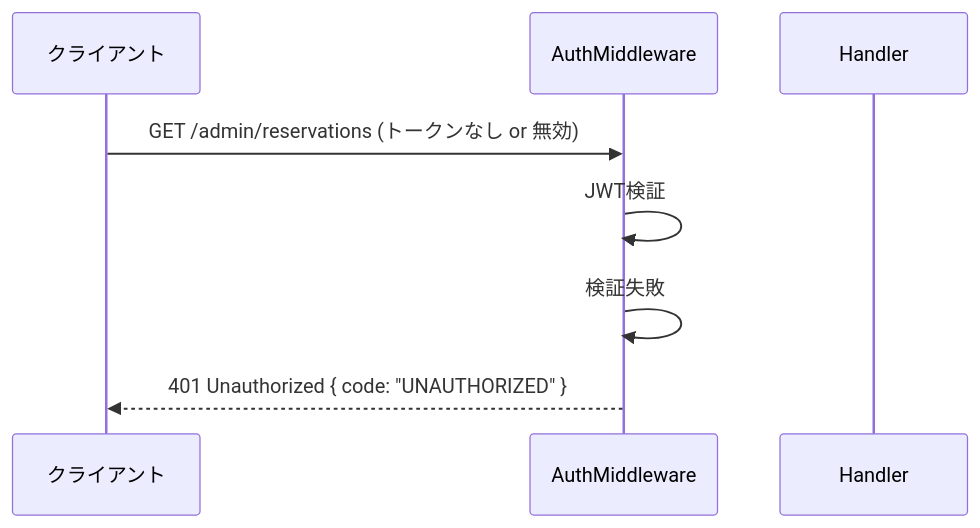
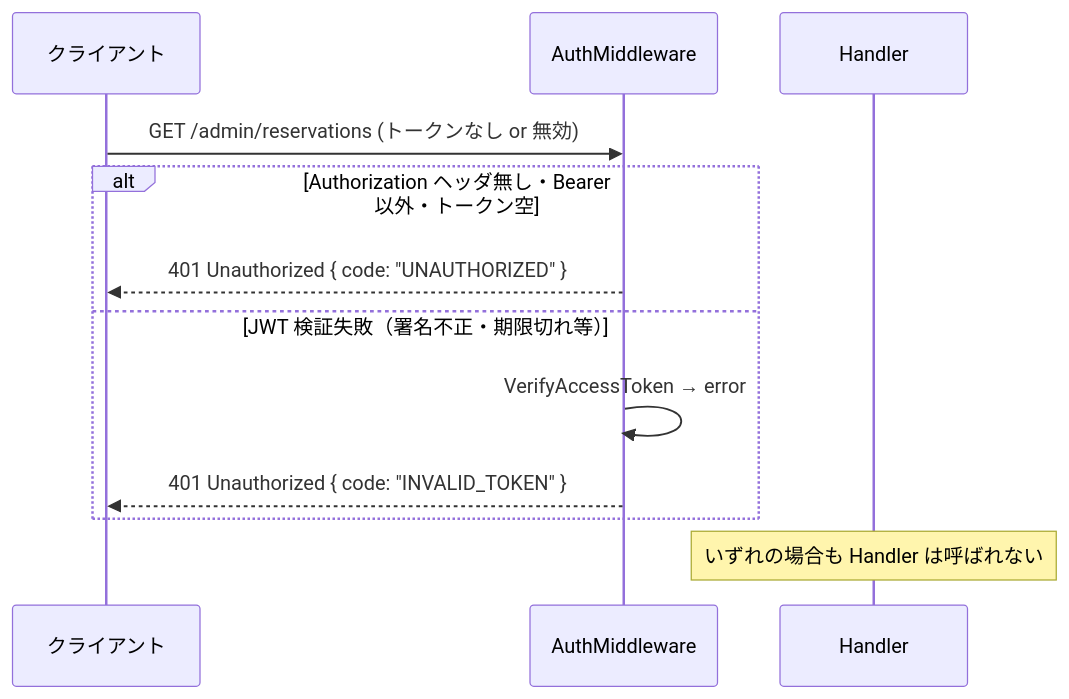
One commit to cergijame101007/satehits changed diagram 14 of 15 in docs/sequence.md. Above: the diagram before and after it, drawn with Mermaid. The commit also changed other lines of this file and 5 other files, not shown here.

````diff
--- a/docs/sequence.md
+++ b/docs/sequence.md
@@ -507,13 +563,16 @@
 ```mermaid
 sequenceDiagram
     participant Client as クライアント
     participant Middleware as AuthMiddleware
     participant Handler as Handler
 
     Client->>Middleware: GET /admin/reservations (トークンなし or 無効)
     
-    Middleware->>Middleware: JWT検証
-    Middleware->>Middleware: 検証失敗
-    
-    Middleware-->>Client: 401 Unauthorized { code: "UNAUTHORIZED" }
+    alt Authorization ヘッダ無し・Bearer 以外・トークン空
+        Middleware-->>Client: 401 Unauthorized { code: "UNAUTHORIZED" }
+    else JWT 検証失敗（署名不正・期限切れ等）
+        Middleware->>Middleware: VerifyAccessToken → error
+        Middleware-->>Client: 401 Unauthorized { code: "INVALID_TOKEN" }
+    end
+    Note over Handler: いずれの場合も Handler は呼ばれない
 ```
````
